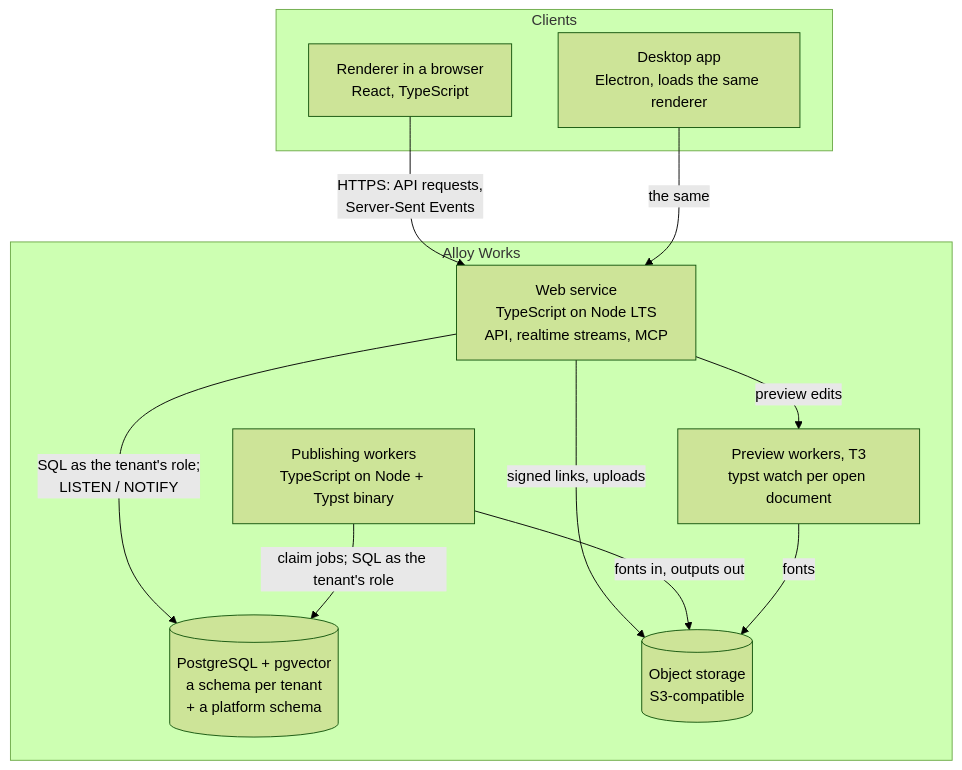
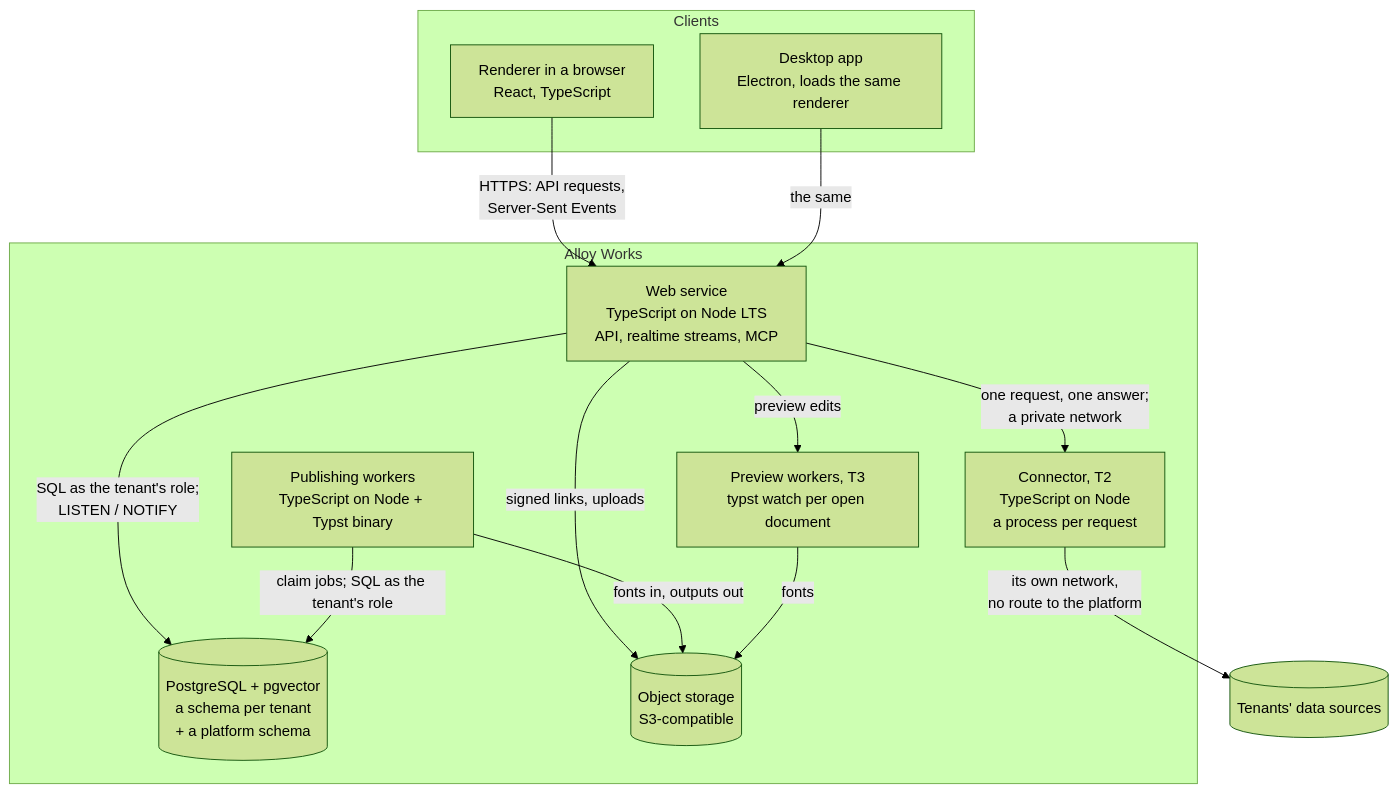
The second of 4 diagrams in docs/design/system.md (kenhayward/alloy-works), drawn with Mermaid (forest theme) before and after one commit. The commit also changed other lines of this file and 7 other files, not shown here.

First line of the commit message:
The data design: connections, query definitions, datasets and the connector

````diff
--- a/docs/design/system.md
+++ b/docs/design/system.md
@@ -58,24 +59,29 @@
 ```mermaid
 flowchart TB
     subgraph clients["Clients"]
         browser["Renderer in a browser<br/>React, TypeScript"]
         desktop["Desktop app<br/>Electron, loads the same renderer"]
     end
 
     subgraph platform["Alloy Works"]
         service["Web service<br/>TypeScript on Node LTS<br/>API, realtime streams, MCP"]
         workers["Publishing workers<br/>TypeScript on Node + Typst binary"]
         preview["Preview workers, T3<br/>typst watch per open document"]
         db[("PostgreSQL + pgvector<br/>a schema per tenant<br/>+ a platform schema")]
         objects[("Object storage<br/>S3-compatible")]
+        connector["Connector, T2<br/>TypeScript on Node<br/>a process per request"]
     end
+
+    sources[("Tenants' data sources")]
 
     browser -- "HTTPS: API requests,<br/>Server-Sent Events" --> service
     desktop -- "the same" --> service
     service -- "SQL as the tenant's role;<br/>LISTEN / NOTIFY" --> db
     service -- "signed links, uploads" --> objects
     service -- "preview edits" --> preview
     workers -- "claim jobs; SQL as the tenant's role" --> db
     workers -- "fonts in, outputs out" --> objects
     preview -- "fonts" --> objects
+    service -- "one request, one answer;<br/>a private network" --> connector
+    connector -- "its own network,<br/>no route to the platform" --> sources
 ```
````
